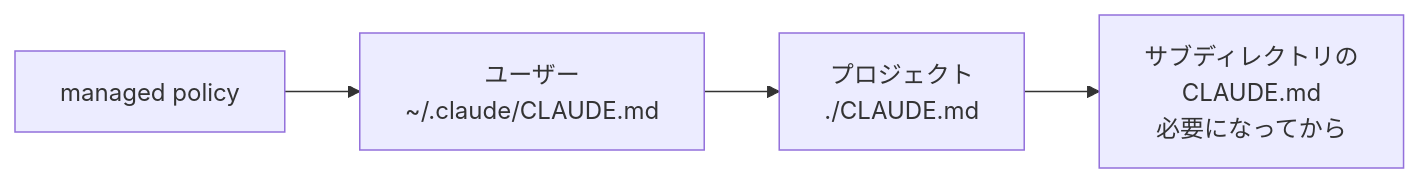
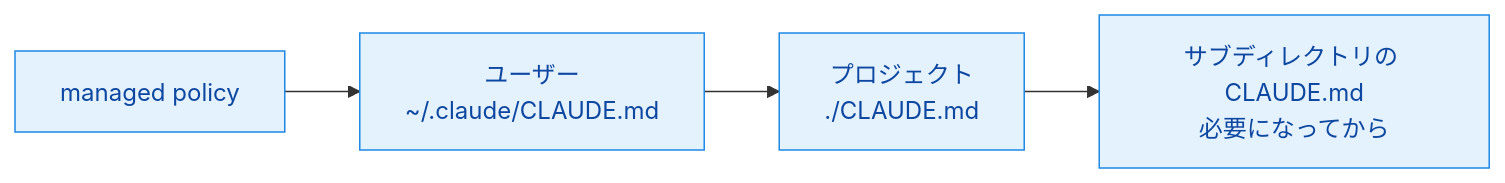
The diagram in ccaf/notes/03-claude-code/claude-md-hierarchy.md (yuya-take/yuya-exam-notes), drawn with Mermaid before and after one commit. The commit also changed other lines of this file and 50 other files, not shown here.

````diff
--- a/ccaf/notes/03-claude-code/claude-md-hierarchy.md
+++ b/ccaf/notes/03-claude-code/claude-md-hierarchy.md
@@ -25,4 +20,6 @@
 ```mermaid
 flowchart LR
-  M[managed policy] --> U[ユーザー<br>~/.claude/CLAUDE.md] --> P[プロジェクト<br>./CLAUDE.md] --> D[サブディレクトリの<br>CLAUDE.md<br>必要になってから]
+  M[managed policy] --> U["ユーザー<br>~/.claude/CLAUDE.md"] --> P["プロジェクト<br>./CLAUDE.md"] --> D["サブディレクトリの CLAUDE.md<br>必要になってから"]
+  classDef run fill:#e3f2fd,stroke:#1e88e5,color:#0d47a1
+  class M,U,P,D run
 ```
````
